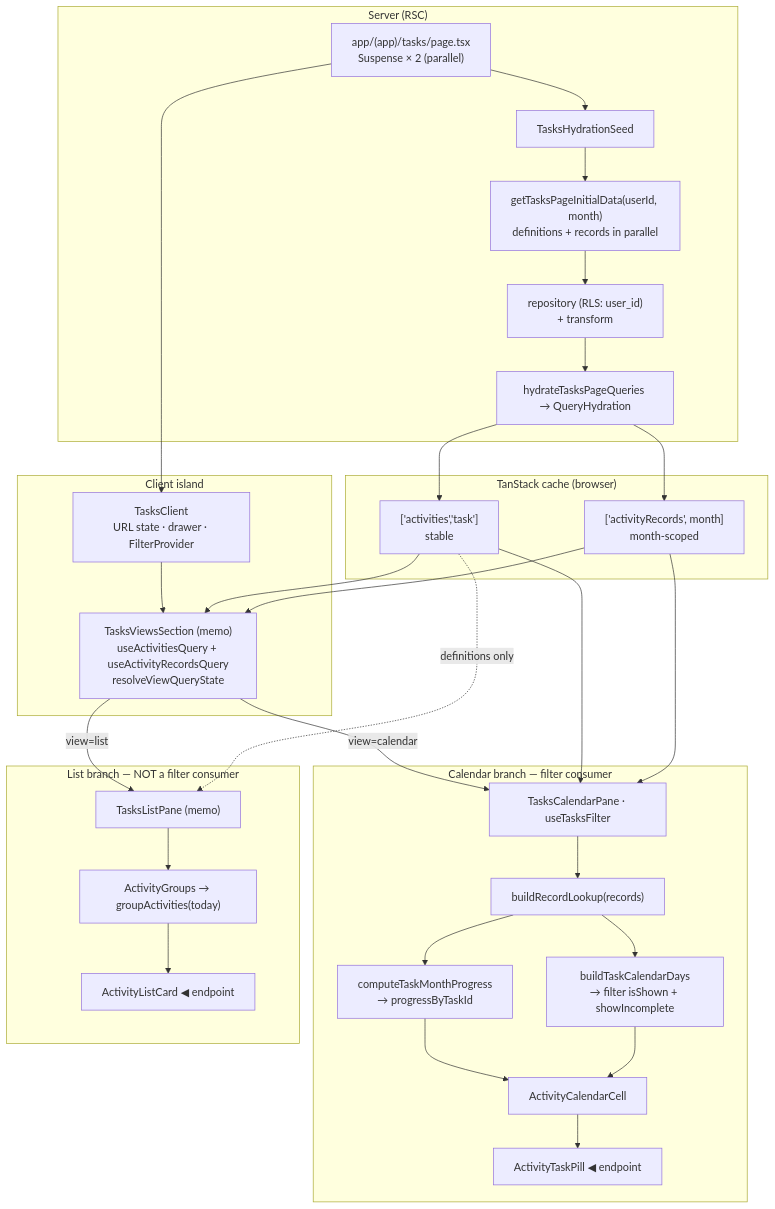
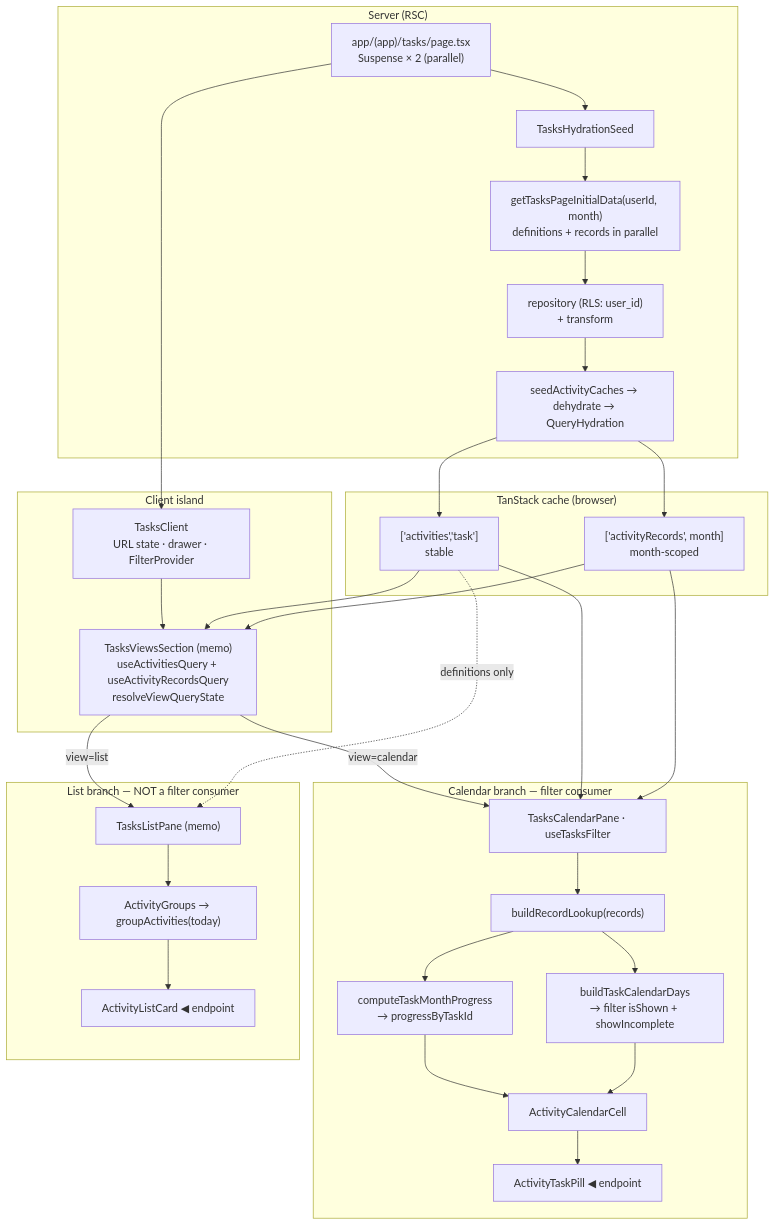
Before and after one commit to SheriffKoder/MindFree-notes-tasks-tracker: the diagram in views/tasks/docs/data-flow.md, drawn with Mermaid. The commit also changed other lines of this file and 20 other files, not shown here.

````diff
--- a/views/tasks/docs/data-flow.md
+++ b/views/tasks/docs/data-flow.md
@@ -13,53 +13,53 @@
 ```mermaid
 flowchart TD
   subgraph SRV["Server (RSC)"]
     Page["app/(app)/tasks/page.tsx<br/>Suspense × 2 (parallel)"]
     Seed["TasksHydrationSeed"]
     Init["getTasksPageInitialData(userId, month)<br/>definitions + records in parallel"]
     Repo["repository (RLS: user_id)<br/>+ transform"]
-    Hyd["hydrateTasksPageQueries → QueryHydration"]
+    Hyd["seedActivityCaches → dehydrate → QueryHydration"]
   end
 
   subgraph CACHE["TanStack cache (browser)"]
     Defs["['activities','task']<br/>stable"]
     Recs["['activityRecords', month]<br/>month-scoped"]
   end
 
   subgraph CLI["Client island"]
     TC["TasksClient<br/>URL state · drawer · FilterProvider"]
     VS["TasksViewsSection (memo)<br/>useActivitiesQuery + useActivityRecordsQuery<br/>resolveViewQueryState"]
   end
 
   subgraph CAL["Calendar branch — filter consumer"]
     CP["TasksCalendarPane · useTasksFilter"]
     LK["buildRecordLookup(records)"]
     PR["computeTaskMonthProgress<br/>→ progressByTaskId"]
     DY["buildTaskCalendarDays<br/>→ filter isShown + showIncomplete"]
     CELL["ActivityCalendarCell"]
     PILL["ActivityTaskPill ◀ endpoint"]
   end
 
   subgraph LST["List branch — NOT a filter consumer"]
     LP["TasksListPane (memo)"]
     GRP["ActivityGroups → groupActivities(today)"]
     CARD["ActivityListCard ◀ endpoint"]
   end
 
   Page --> Seed --> Init --> Repo --> Hyd
   Page --> TC
   Hyd --> Defs
   Hyd --> Recs
   TC --> VS
   Defs --> VS
   Recs --> VS
   VS -->|view=calendar| CP
   VS -->|view=list| LP
 
   CP --> LK --> PR --> CELL
   LK --> DY --> CELL --> PILL
   Defs --> CP
   Recs --> CP
 
   LP --> GRP --> CARD
   Defs -. definitions only .-> LP
 ```
````
